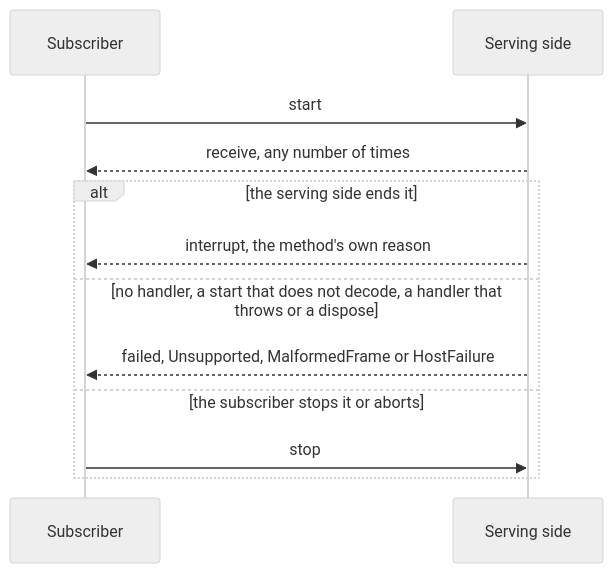
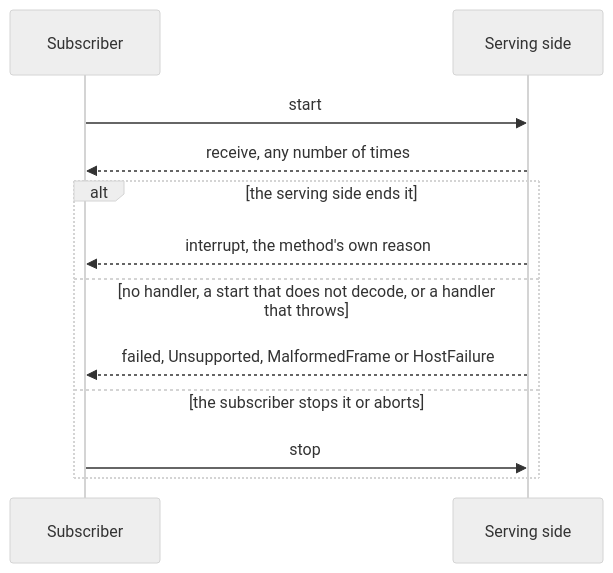
Before and after one commit to paritytech/dotli-community: the third of 4 diagrams in packages/transport/README.md, drawn with Mermaid (neutral theme). The commit also changed other lines of this file and 18 other files, not shown here.

````diff
--- a/packages/transport/README.md
+++ b/packages/transport/README.md
@@ -85,14 +90,14 @@
 ```mermaid
 sequenceDiagram
   participant C as Subscriber
   participant H as Serving side
   C->>H: start
   H-->>C: receive, any number of times
   alt the serving side ends it
     H-->>C: interrupt, the method's own reason
-  else no handler, a start that does not decode, a handler that throws or a dispose
+  else no handler, a start that does not decode, or a handler that throws
     H-->>C: failed, Unsupported, MalformedFrame or HostFailure
   else the subscriber stops it or aborts
     C->>H: stop
   end
 ```
````
